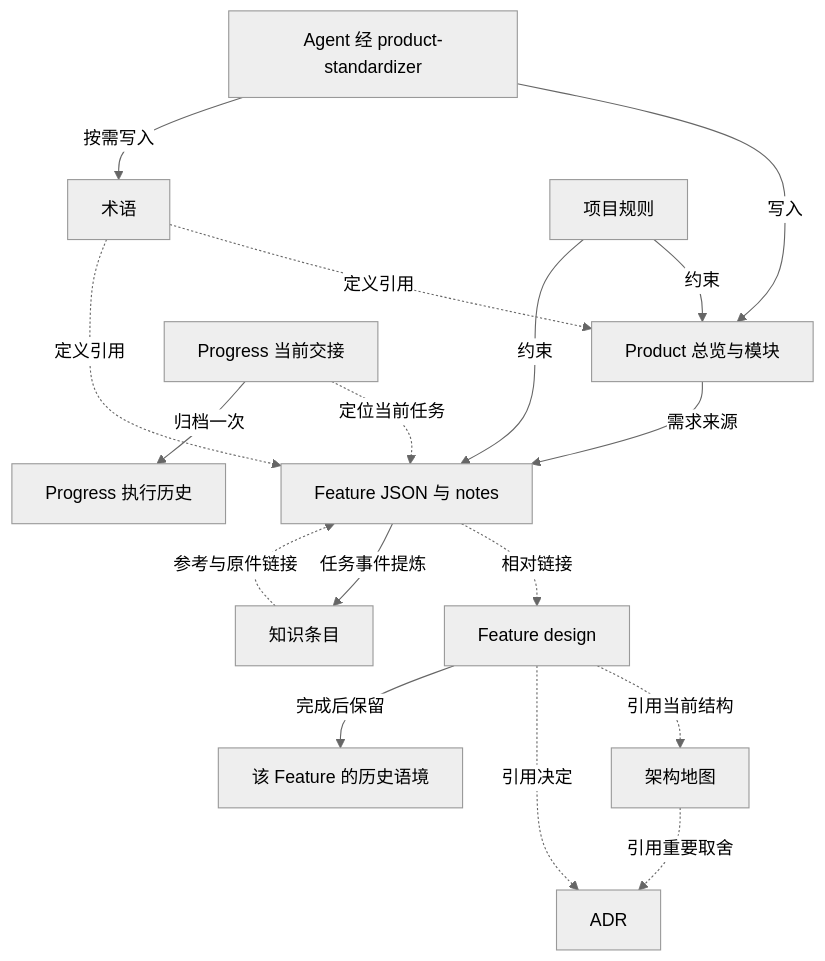
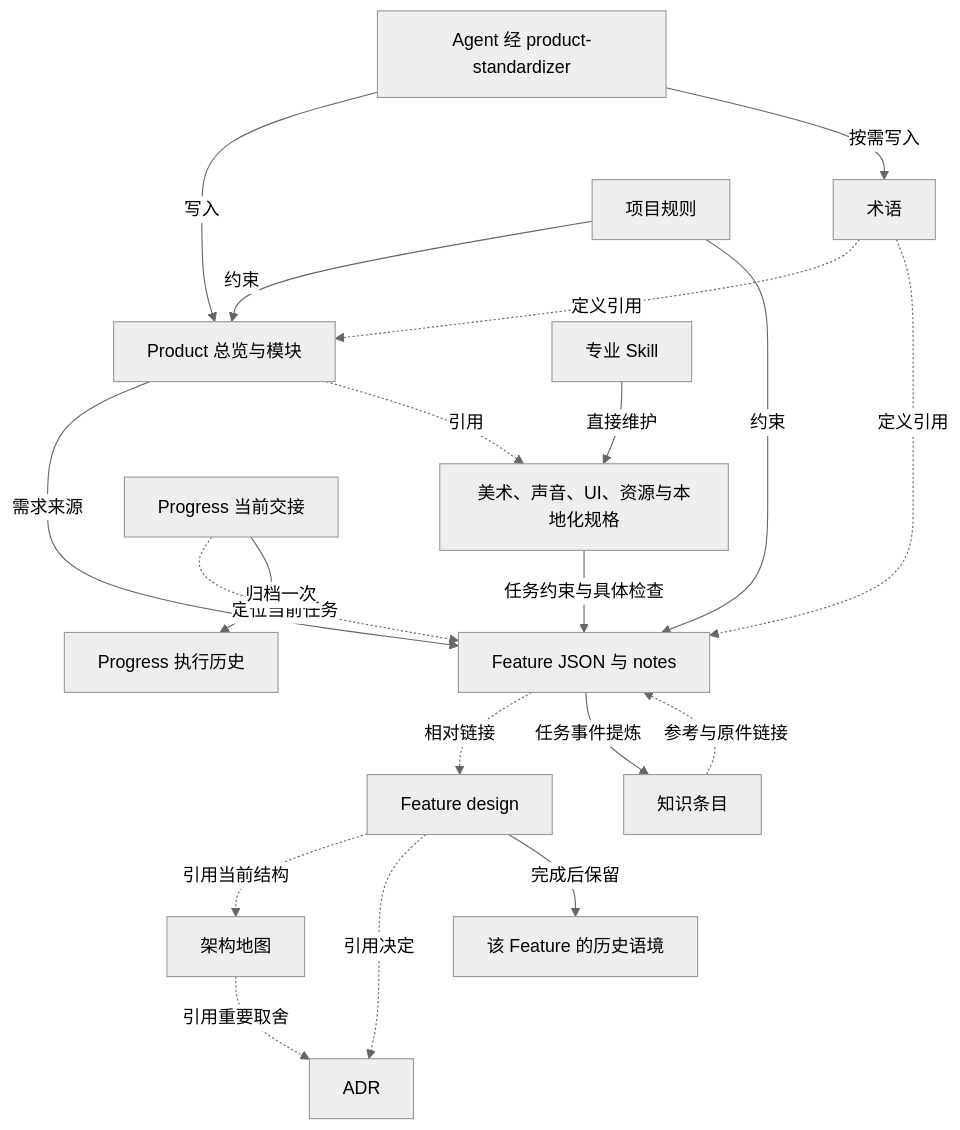
Before and after one commit to yxy823/Game_idle_yaya_frame: the diagram in framework/docs/blank-project/reference/project-layout.md, drawn with Mermaid (neutral theme). The commit also changed other lines of this file and 57 other files, not shown here.

````diff
--- a/framework/docs/blank-project/reference/project-layout.md
+++ b/framework/docs/blank-project/reference/project-layout.md
@@ -11,19 +11,22 @@
 ```mermaid
 flowchart TD
     A[Agent 经 product-standardizer] -->|写入| P[Product 总览与模块]
     A -->|按需写入| T[术语]
     T -.->|定义引用| P
     T -.->|定义引用| F[Feature JSON 与 notes]
     R[项目规则] -->|约束| P
     R -->|约束| F
     P -->|需求来源| F
+    S[专业 Skill] -->|直接维护| Q[美术、声音、UI、资源与本地化规格]
+    Q -->|任务约束与具体检查| F
+    P -.->|引用| Q
     F -.->|相对链接| D[Feature design]
     D -.->|引用当前结构| M[架构地图]
     M -.->|引用重要取舍| J[ADR]
     D -.->|引用决定| J
     F -->|任务事件提炼| K[知识条目]
     K -.->|参考与原件链接| F
     G[Progress 当前交接] -.->|定位当前任务| F
     G -->|归档一次| H[Progress 执行历史]
     D -->|完成后保留| Z[该 Feature 的历史语境]
 ```
````
